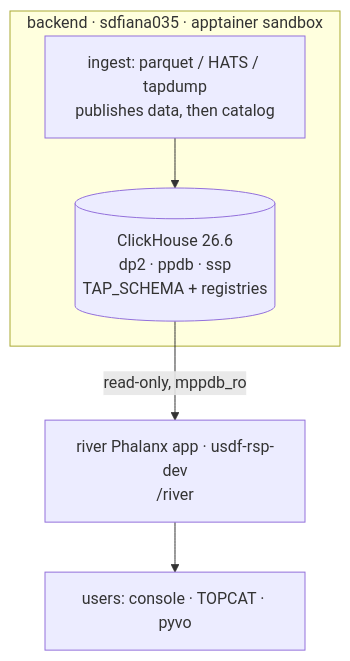
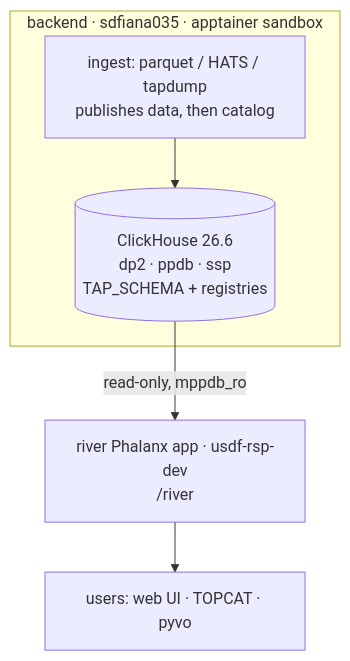
The diagram in index.md (lsst-dm/dmtn-354), drawn with Mermaid before and after one commit. The commit also changed other lines of this file, not shown here.

First line of the commit message:
Name the ADQL notebooks, and stop calling the whole UI a console

````diff
--- a/index.md
+++ b/index.md
@@ -204,12 +206,12 @@
 ```{mermaid}
 flowchart TB
   subgraph BACKEND["backend · sdfiana035 · apptainer sandbox"]
     ING["ingest: parquet / HATS / tapdump<br/>publishes data, then catalog"]
     CH[("ClickHouse 26.6<br/>dp2 · ppdb · ssp<br/>TAP_SCHEMA + registries")]
     ING --> CH
   end
   SVC["river Phalanx app · usdf-rsp-dev<br/>/river"]
-  U["users: console · TOPCAT · pyvo"]
+  U["users: web UI · TOPCAT · pyvo"]
   CH -- "read-only, mppdb_ro" --> SVC
   SVC --> U
 ```
````
